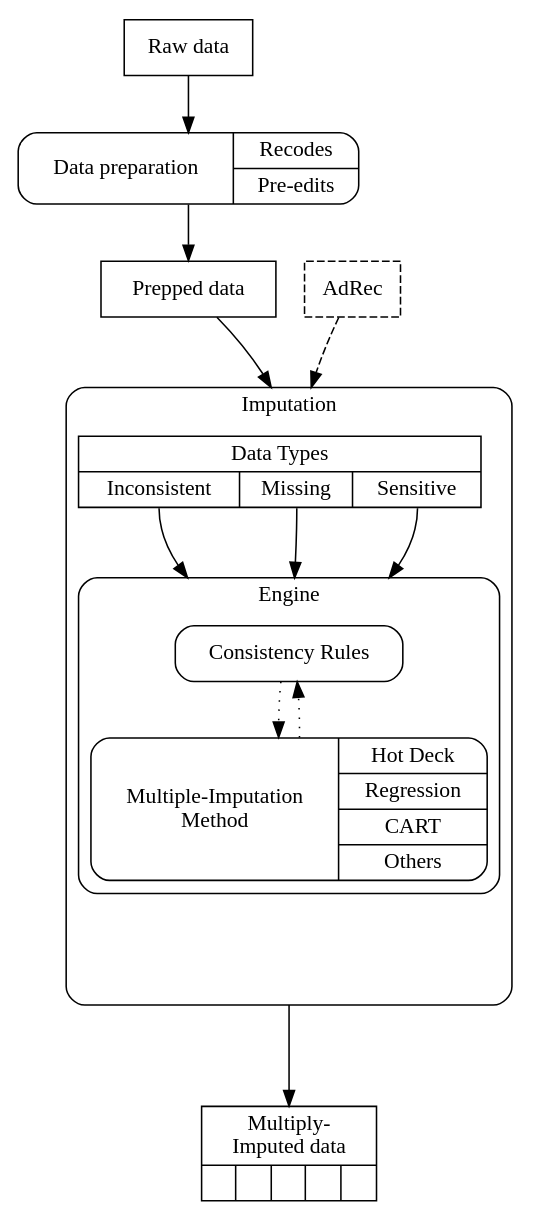
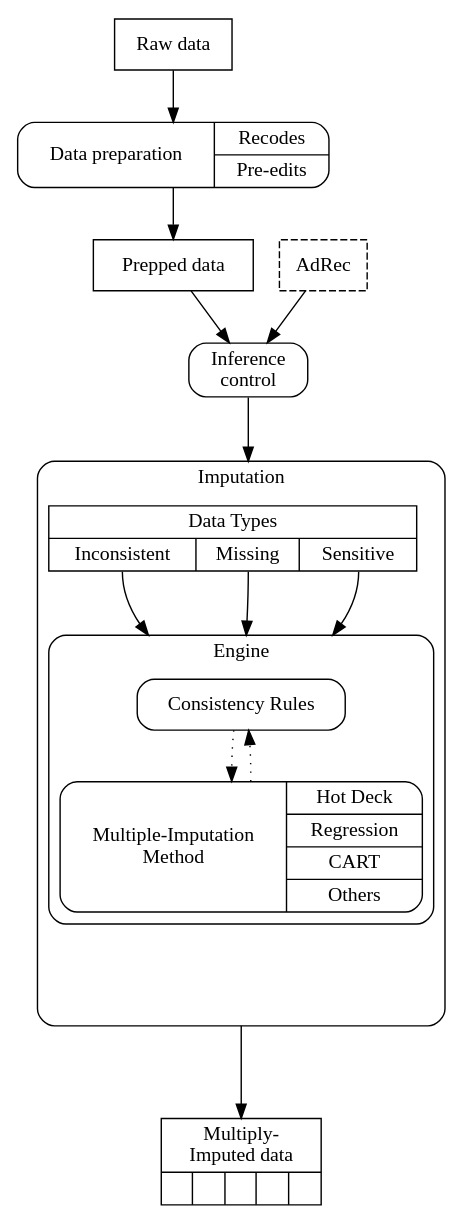
Before and after one commit to rodri363/tea: the diagram in doc/dots/pepflow.dot, drawn with Graphviz. The commit also changed 5 other files, not shown here.

```diff
--- a/doc/dots/pepflow.dot
+++ b/doc/dots/pepflow.dot
@@ -1,44 +1,50 @@
 digraph{
 center = true
 compound = true
 size = "7.5,10"
 page = "8.5,11"
 
 raw [label = "Raw data" shape = "record"]
 prep [label = "Data preparation | {Recodes | Pre-edits}" shape = "Mrecord"]
 {rank=same
 dataprep [label = "Prepped data" shape = "record"]
 adrec [label = "AdRec" shape = "box" style = "dashed"]
 }
 
 	subgraph cluster_impute{
 		label="Imputation"
 		style="rounded"
 
 		subgraph cluster_engine{
 			label = "Engine"
 			style = "rounded"
 			zeros [label = "Consistency Rules" shape = "box" style = "rounded"]
 			method [label = "Multiple-Imputation\nMethod | {Hot Deck|Regression|CART|Others}" shape = "Mrecord"]
 
 			method -> zeros [style = dotted]
 			zeros-> method [style = dotted]
 		}
 
 		datatype [label = "{Data Types|{<inconsistent>Inconsistent|<missing>Missing|<risk>Sensitive}}" shape = "record"]
 
 		impbottom [style = invisible]
 
 		"datatype":risk -> zeros [lhead=cluster_engine minlen=2]
 		"datatype":inconsistent -> zeros [lhead=cluster_engine minlen=2]
 		"datatype":missing -> zeros [lhead=cluster_engine minlen=2]
 		method -> impbottom [style = invis]
 	}
 
 	postimp [label = "{Multiply-\nImputed data|{||||}}" shape = "record"]
 
 	raw -> prep -> dataprep
-	dataprep -> "datatype":missing:n[lhead=cluster_impute minlen=2]
-	adrec -> "datatype":missing:n[lhead=cluster_impute minlen=2 style = "dashed"]
+
+
+infctl [label = "Inference\ncontrol" shape = "Mrecord"]
+
+	infctl -> "datatype":missing:n[lhead=cluster_impute minlen=2]
+
+	dataprep -> infctl
+	adrec -> infctl
 	impbottom -> postimp[ltail=cluster_impute minlen=2]
 }
```
